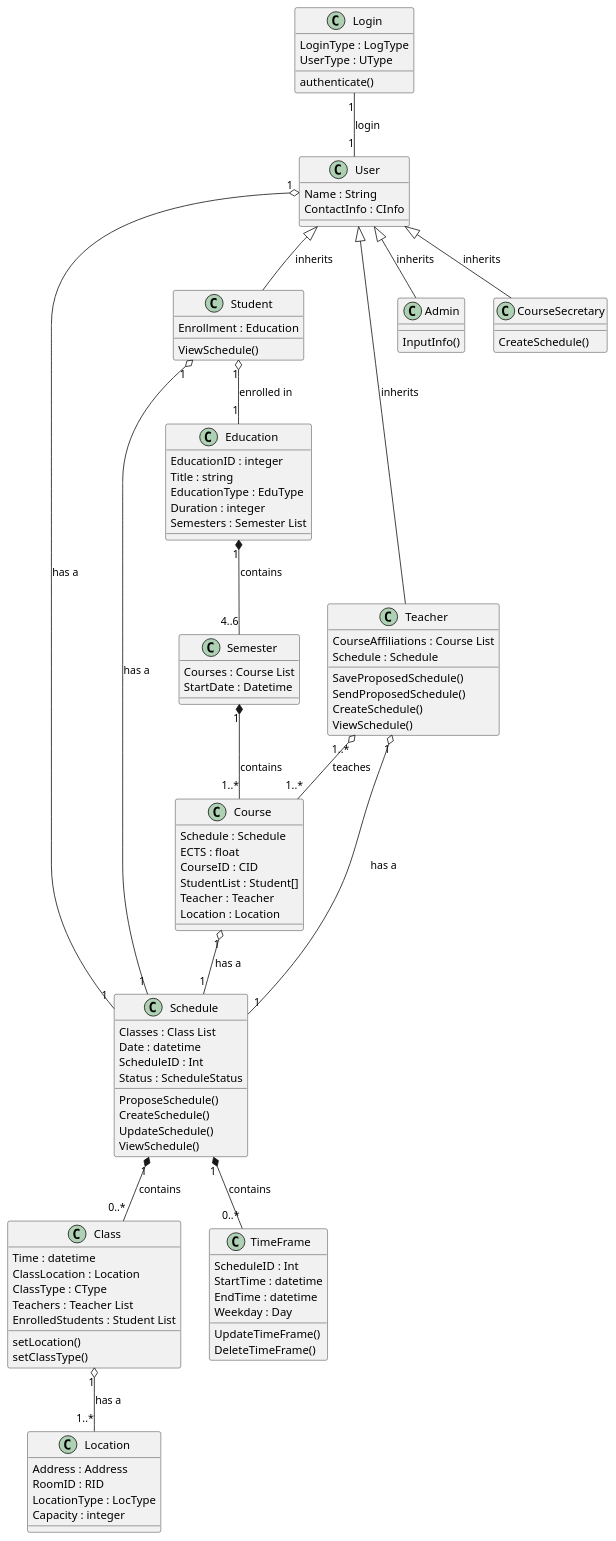
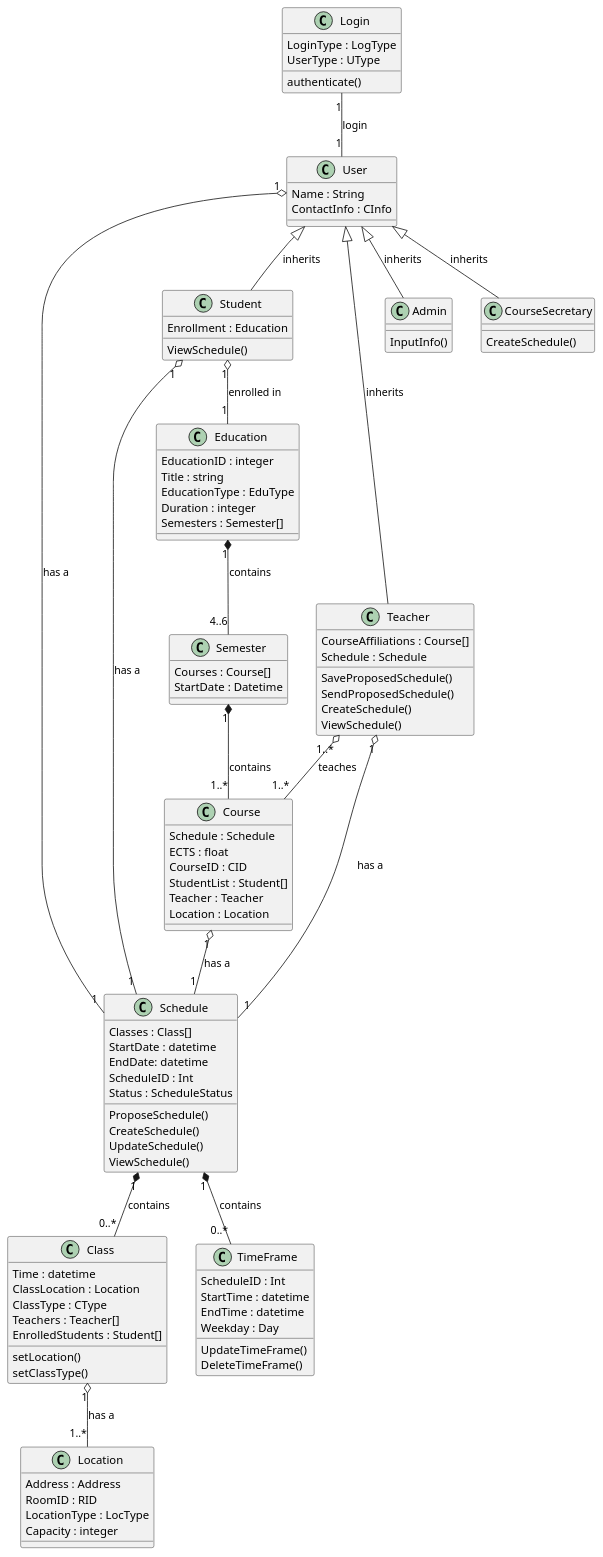
One commit to frejabauch/Systemudvikling_FSIS changed the diagram in Diagrams/ClassDiagram.puml. Above: the diagram before and after it, drawn with PlantUML. The commit also changed 3 other files, not shown here.

Commit message:
Updated classes to match class diagram

```diff
--- a/Diagrams/ClassDiagram.puml
+++ b/Diagrams/ClassDiagram.puml
@@ -1,117 +1,118 @@
 @startuml ClassDiagram
 
 class Education {
     EducationID : integer
     Title : string
     EducationType : EduType
     Duration : integer
-    Semesters : Semester List
+    Semesters : Semester[]
 }
 
 class Schedule{
-    Classes : Class List
-    Date : datetime
+    Classes : Class[]
+    StartDate : datetime
+    EndDate: datetime
     ScheduleID : Int
     Status : ScheduleStatus
     ProposeSchedule()
     CreateSchedule()
     UpdateSchedule()
     ViewSchedule()
 }
 
 class Location{
     Address : Address
     RoomID : RID
     LocationType : LocType
     Capacity : integer
 }
 
 class Course{
     Schedule : Schedule
     ECTS : float
     CourseID : CID
     StudentList : Student[]
     Teacher : Teacher
     Location : Location
 }
 
 class Class{
     Time : datetime
     ClassLocation : Location
     ClassType : CType
-    Teachers : Teacher List
-    EnrolledStudents : Student List
+    Teachers : Teacher[]
+    EnrolledStudents : Student[]
     setLocation()
     setClassType()
 }
 
 class Login{
     LoginType : LogType
     UserType : UType
     authenticate()
 }
 
 class User{
     Name : String
     ContactInfo : CInfo
 }
 
 class Semester{
-    Courses : Course List
+    Courses : Course[]
     StartDate : Datetime
 }
 
 class Student{
     Enrollment : Education
     ViewSchedule()
 }
 
 class Teacher{
-    CourseAffiliations : Course List
+    CourseAffiliations : Course[]
     Schedule : Schedule
     SaveProposedSchedule()
     SendProposedSchedule()
     CreateSchedule()
     ViewSchedule()
 }
 
 class Admin{
     InputInfo()
 }
 
 class TimeFrame{
     ScheduleID : Int
     StartTime : datetime
     EndTime : datetime
     Weekday : Day
     UpdateTimeFrame()
     DeleteTimeFrame()
 }
 
 class CourseSecretary{
     CreateSchedule()
 }
 
 User"1" o-- "1" Schedule : has a
 Course"1" o-- "1" Schedule : has a
 Student"1" o-- "1" Schedule : has a
 Teacher"1" o-- "1" Schedule : has a
 
 Education"1" *-- "4..6" Semester : contains
 
 Class "1" o-- "1..*"Location : has a
 
 User <|-- Student : inherits
 User <|-- Teacher : inherits
 User <|-- Admin : inherits
 User <|-- CourseSecretary : inherits
 
 Semester"1" *-- "1..*" Course : contains
 Schedule"1" *-- "0..*" Class : contains
 Schedule"1" *-- "0..*" TimeFrame : contains
 Teacher"1..*" o-- "1..*" Course : teaches
 Student"1" o-- "1" Education : enrolled in
 
 Login "1" -- "1" User : login
 
 @enduml
```
